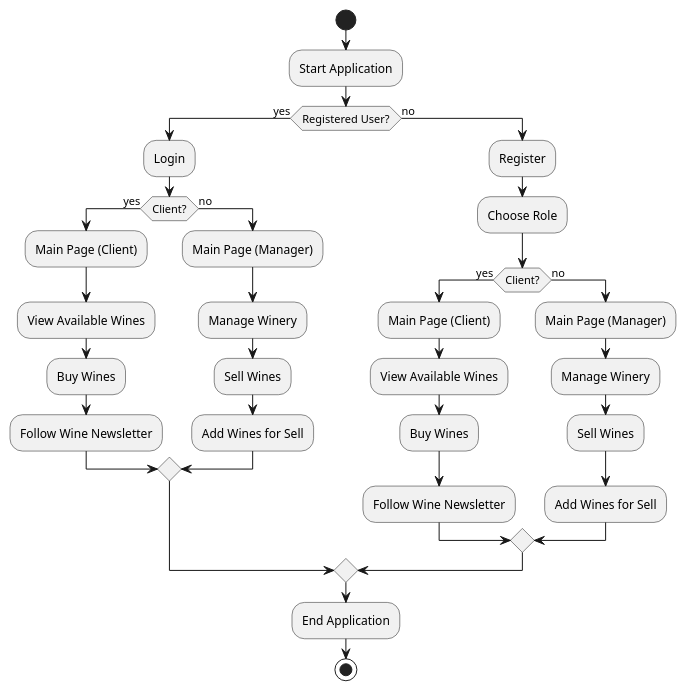
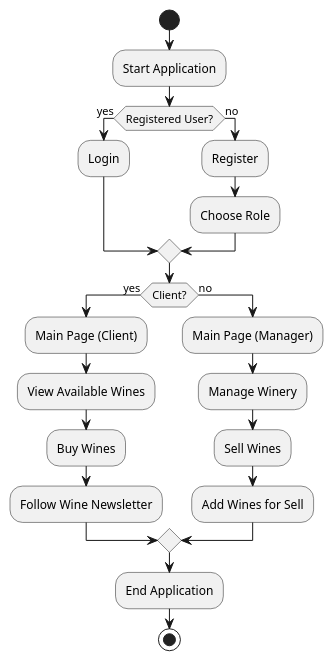
The diagram in UMLdiagram/BarrelSnap_ActivityDiagram.puml (YehonatanFr/BarrelSnap), drawn with PlantUML before and after one commit. The commit also changed 2 other files, not shown here.

```diff
--- a/UMLdiagram/BarrelSnap_ActivityDiagram.puml
+++ b/UMLdiagram/BarrelSnap_ActivityDiagram.puml
@@ -1,36 +1,27 @@
 @startuml BarrelSnap_ActivityDiagram
 
 start
 :Start Application;
 if (Registered User?) then (yes)
   :Login;
-  if (Client?) then (yes)
-    :Main Page (Client);
-    :View Available Wines;
-    :Buy Wines;
-    :Follow Wine Newsletter;
-  else (no)
-    :Main Page (Manager);
-    :Manage Winery;
-    :Sell Wines;
-    :Add Wines for Sell;
-  endif
 else (no)
   :Register;
   :Choose Role;
-  if (Client?) then (yes)
-    :Main Page (Client);
-    :View Available Wines;
-    :Buy Wines;
-    :Follow Wine Newsletter;
-  else (no)
-    :Main Page (Manager);
-    :Manage Winery;
-    :Sell Wines;
-    :Add Wines for Sell;
-  endif
 endif
+
+if (Client?) then (yes)
+  :Main Page (Client);
+  :View Available Wines;
+  :Buy Wines;
+  :Follow Wine Newsletter;
+else (no)
+  :Main Page (Manager);
+  :Manage Winery;
+  :Sell Wines;
+  :Add Wines for Sell;
+endif
+
 :End Application;
 stop
 
 @enduml
```
